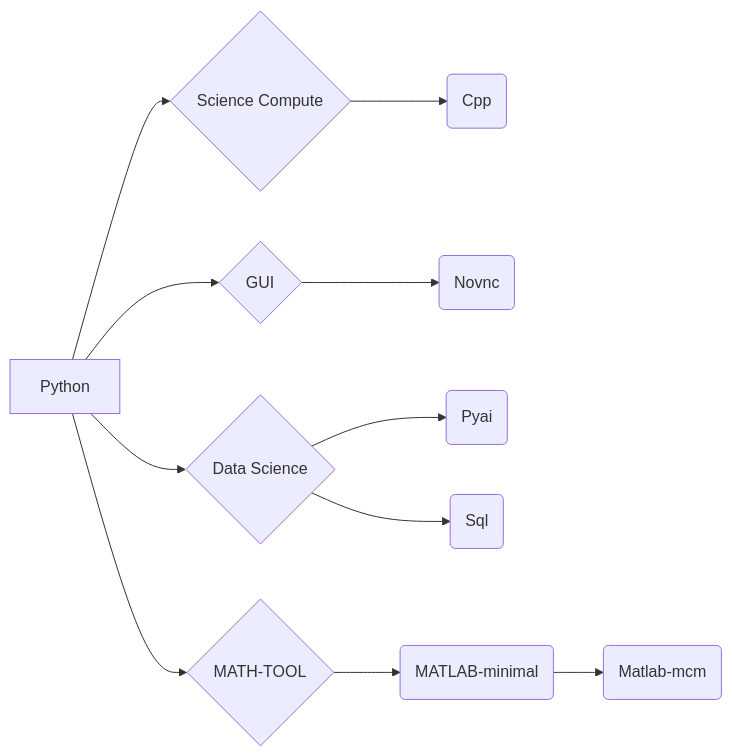
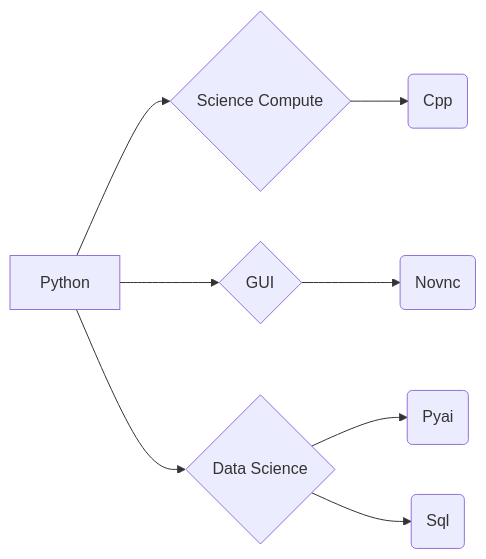
The diagram in README.md (eoeair/jupyter), drawn with Mermaid before and after one commit. The commit also changed other lines of this file and 5 other files, not shown here.

````diff
--- a/README.md
+++ b/README.md
@@ -63,12 +56,10 @@
 ```mermaid
 graph LR
 Python-->S{Science Compute}-->SA(Cpp)
 
 Python-->G{GUI}-->GA(Novnc)
 
 Python-->D{Data Science}
 D-->DA(Pyai)
 D-->DB(Sql)
-
-Python-->M{MATH-TOOL}-->MA(MATLAB-minimal)-->MAA(Matlab-mcm)
 ```
````
